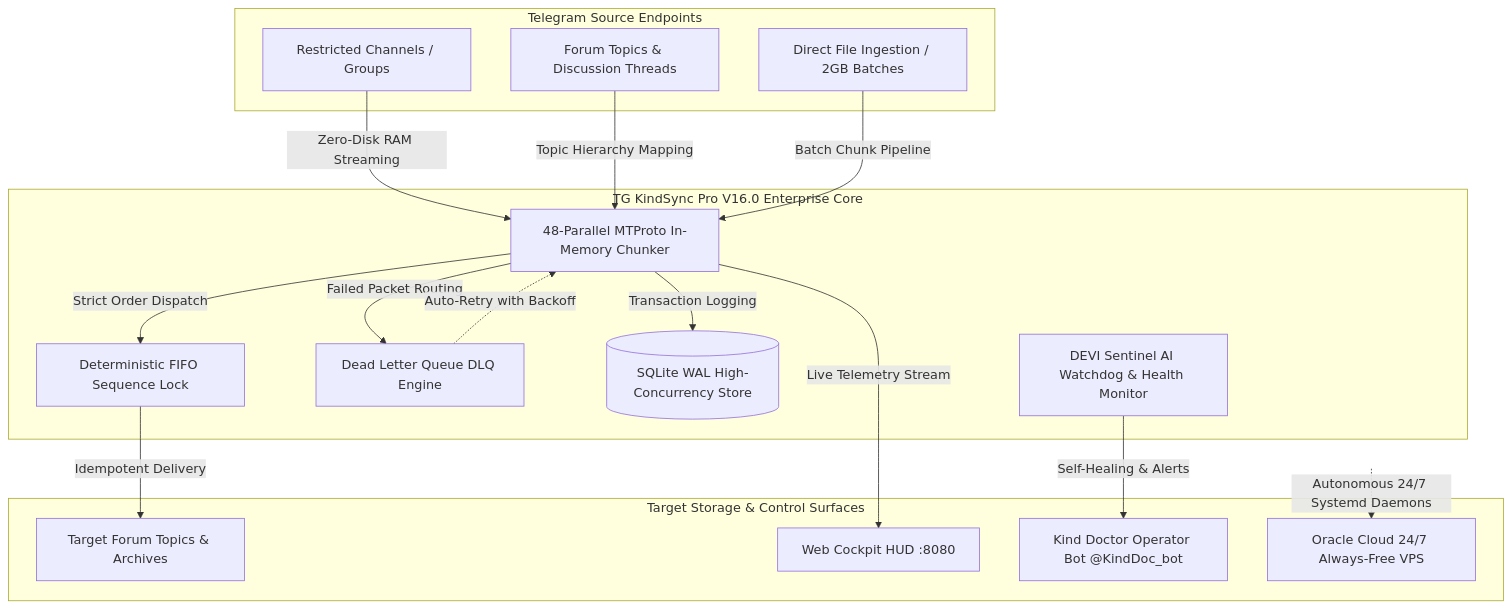
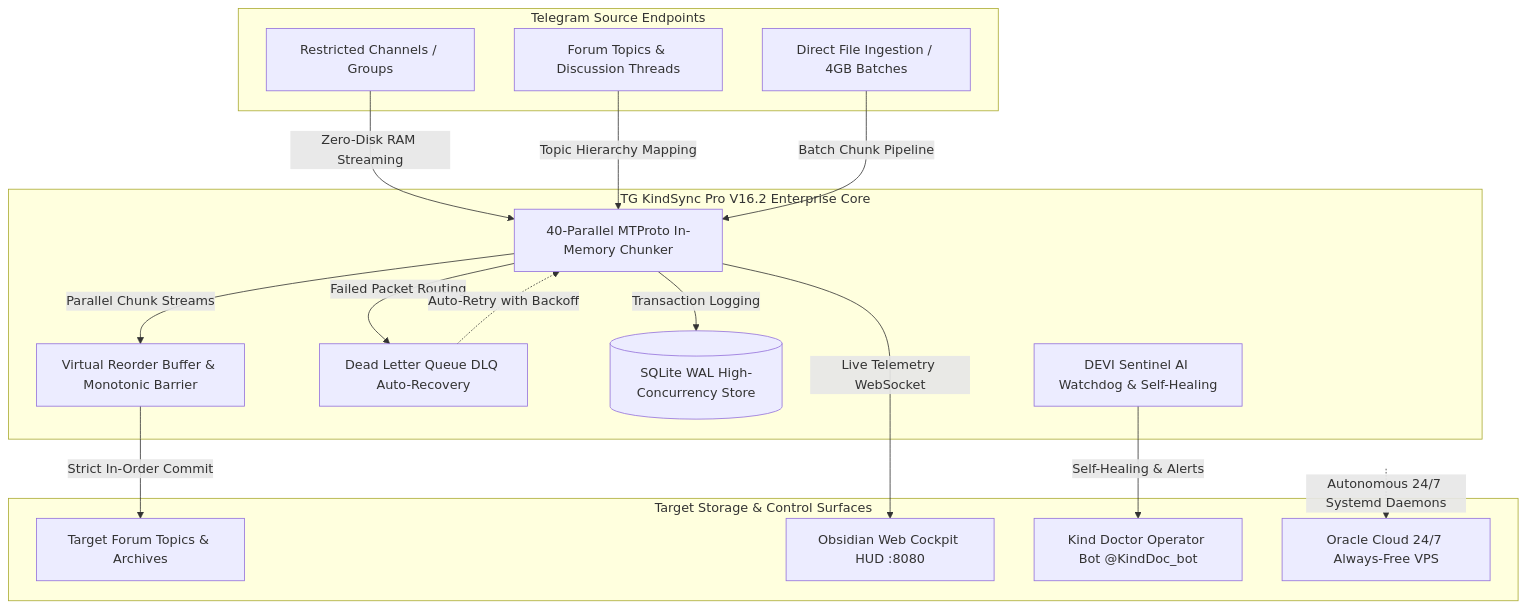
One commit to Ammitrajput01/TG_KindSync_Pro changed the diagram in README.md. Above: the diagram before and after it, drawn with Mermaid. The commit also changed other lines of this file and 9 other files, not shown here.

````diff
--- a/README.md
+++ b/README.md
@@ -59,38 +47,38 @@
 ```mermaid
 flowchart TD
     subgraph Sources [Telegram Source Endpoints]
         SRC_RESTRICTED[Restricted Channels / Groups]
         SRC_FORUM[Forum Topics & Discussion Threads]
-        SRC_DIRECT[Direct File Ingestion / 2GB Batches]
+        SRC_DIRECT[Direct File Ingestion / 4GB Batches]
     end
 
-    subgraph Core [TG KindSync Pro V16.0 Enterprise Core]
-        MTProto[48-Parallel MTProto In-Memory Chunker]
-        SeqLock[Deterministic FIFO Sequence Lock]
-        DLQ[Dead Letter Queue DLQ Engine]
+    subgraph Core [TG KindSync Pro V16.2 Enterprise Core]
+        MTProto[40-Parallel MTProto In-Memory Chunker]
+        VROB[Virtual Reorder Buffer & Monotonic Barrier]
+        DLQ[Dead Letter Queue DLQ Auto-Recovery]
         DB[(SQLite WAL High-Concurrency Store)]
-        Sentinel[DEVI Sentinel AI Watchdog & Health Monitor]
+        Sentinel[DEVI Sentinel AI Watchdog & Self-Healing]
     end
 
     subgraph Destinations [Target Storage & Control Surfaces]
         TGT_FORUMS[Target Forum Topics & Archives]
-        WEB_HUD[Web Cockpit HUD :8080]
+        WEB_HUD[Obsidian Web Cockpit HUD :8080]
         BOT_DAEMON[Kind Doctor Operator Bot @KindDoc_bot]
         ORACLE_VPS[Oracle Cloud 24/7 Always-Free VPS]
     end
 
     SRC_RESTRICTED -->|Zero-Disk RAM Streaming| MTProto
     SRC_FORUM -->|Topic Hierarchy Mapping| MTProto
     SRC_DIRECT -->|Batch Chunk Pipeline| MTProto
 
-    MTProto -->|Strict Order Dispatch| SeqLock
-    SeqLock -->|Idempotent Delivery| TGT_FORUMS
+    MTProto -->|Parallel Chunk Streams| VROB
+    VROB -->|Strict In-Order Commit| TGT_FORUMS
 
-    MTProto -->|Live Telemetry Stream| WEB_HUD
+    MTProto -->|Live Telemetry WebSocket| WEB_HUD
     MTProto -->|Failed Packet Routing| DLQ
     DLQ -.->|Auto-Retry with Backoff| MTProto
     MTProto -->|Transaction Logging| DB
 
     Sentinel -->|Self-Healing & Alerts| BOT_DAEMON
     Core -.->|Autonomous 24/7 Systemd Daemons| ORACLE_VPS
 ```
````
